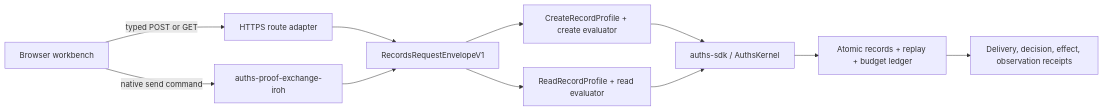
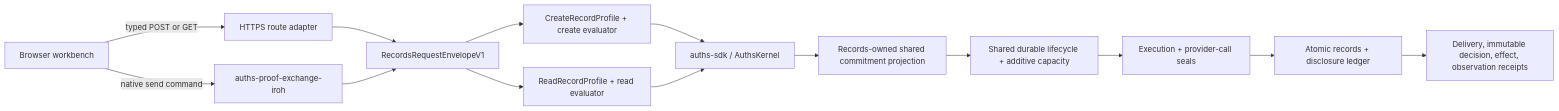
One commit to auths-dev/auths-proof changed the diagram in demos/rest-api-authorization/docs/architecture.md. Above: the diagram before and after it, drawn with Mermaid. The commit also changed other lines of this file and 22 other files, not shown here.

First line of the commit message:
feat(records): cut over shared authorization lifecycle

````diff
--- a/demos/rest-api-authorization/docs/architecture.md
+++ b/demos/rest-api-authorization/docs/architecture.md
@@ -3,13 +3,16 @@
 ```mermaid
 flowchart LR
     Browser["Browser workbench"] -->|typed POST or GET| HTTP["HTTPS route adapter"]
     Browser -->|native send command| Iroh["auths-proof-exchange-iroh"]
     HTTP --> Envelope["RecordsRequestEnvelopeV1"]
     Iroh --> Envelope
     Envelope --> Create["CreateRecordProfile + create evaluator"]
     Envelope --> Read["ReadRecordProfile + read evaluator"]
     Create --> Kernel["auths-sdk / AuthsKernel"]
     Read --> Kernel
-    Kernel --> Ledger["Atomic records + replay + budget ledger"]
-    Ledger --> Receipts["Delivery, decision, effect, observation receipts"]
+    Kernel --> Projection["Records-owned shared commitment projection"]
+    Projection --> Lifecycle["Shared durable lifecycle + additive capacity"]
+    Lifecycle --> Seal["Execution + provider-call seals"]
+    Seal --> Ledger["Atomic records + disclosure ledger"]
+    Ledger --> Receipts["Delivery, immutable decision, effect, observation receipts"]
 ```
````
